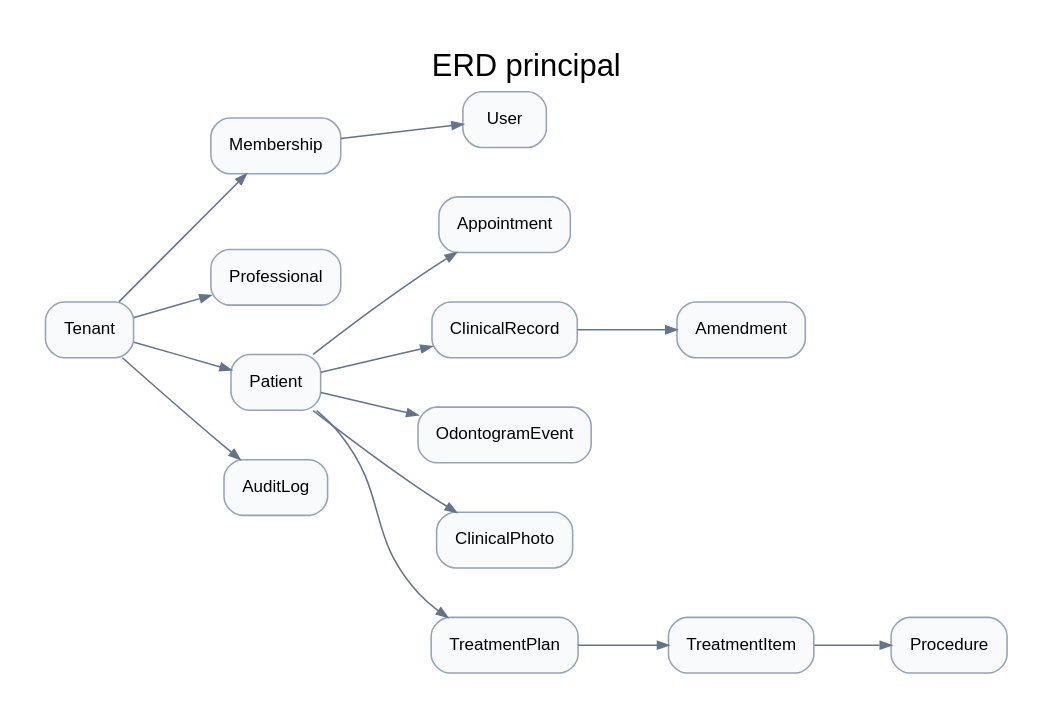
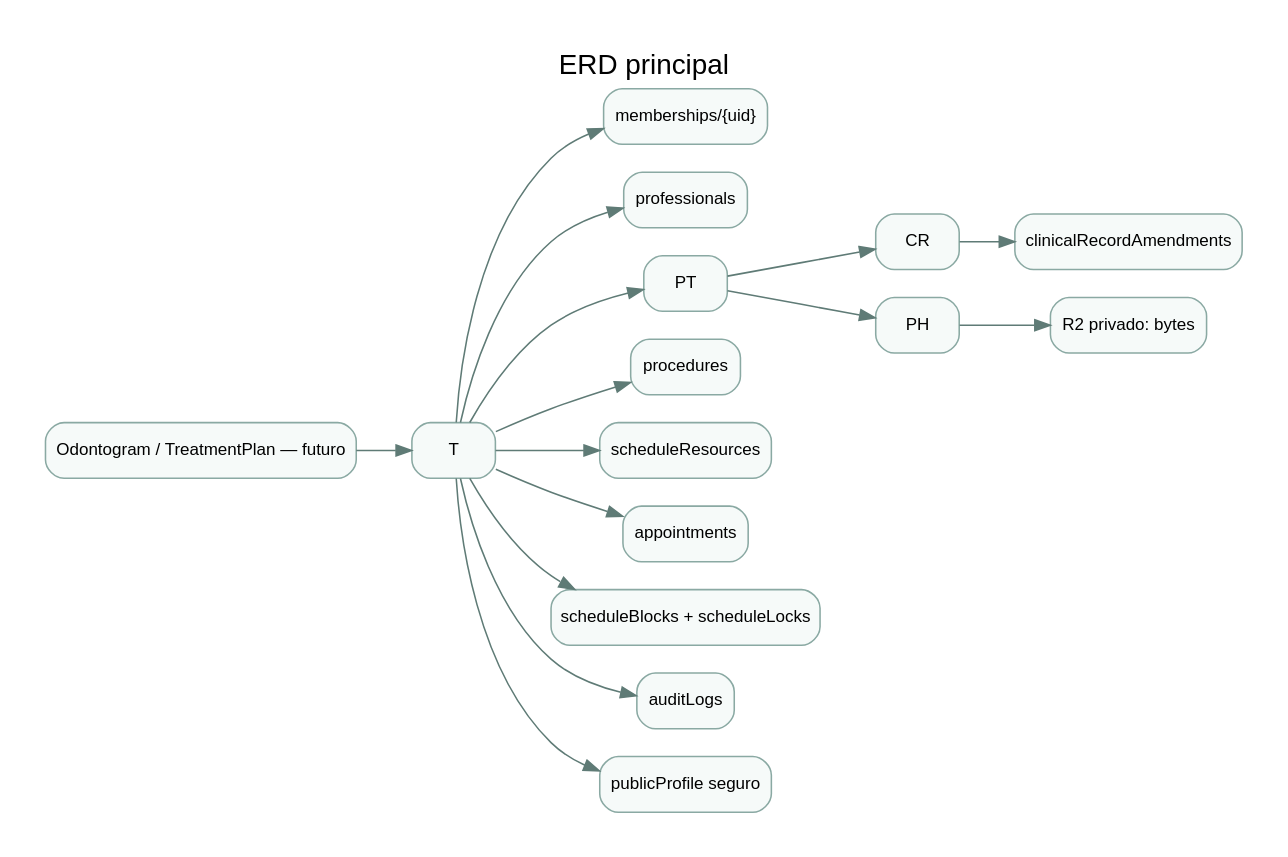
One commit to CristianoRFB/Dentista changed the diagram in docs/versions/v01-multitenant-whitelabel/diagrams/source/06-data-model.dot. Above: the diagram before and after it, drawn with Graphviz. The commit also changed 132 other files, not shown here.

```diff
--- a/docs/versions/v01-multitenant-whitelabel/diagrams/source/06-data-model.dot
+++ b/docs/versions/v01-multitenant-whitelabel/diagrams/source/06-data-model.dot
@@ -1,32 +1,35 @@
 digraph G {
-  graph [rankdir=LR, bgcolor="white", pad="0.3", nodesep="0.45", ranksep="0.7", label="ERD principal", labelloc=t, fontsize=20, fontname="Arial"];
-  node [shape=box, style="rounded,filled", fillcolor="#f8fafc", color="#94a3b8", fontname="Arial", fontsize=11, margin="0.16,0.10"];
-  edge [color="#64748b", arrowsize=0.7, fontname="Arial"];
-  "Tenant";
-  "Membership";
-  "User";
-  "Professional";
-  "Patient";
-  "Appointment";
-  "ClinicalRecord";
-  "Amendment";
-  "OdontogramEvent";
-  "ClinicalPhoto";
-  "TreatmentPlan";
-  "TreatmentItem";
-  "Procedure";
-  "AuditLog";
-  "Tenant" -> "Membership";
-  "Membership" -> "User";
-  "Tenant" -> "Professional";
-  "Tenant" -> "Patient";
-  "Patient" -> "Appointment";
-  "Patient" -> "ClinicalRecord";
-  "ClinicalRecord" -> "Amendment";
-  "Patient" -> "OdontogramEvent";
-  "Patient" -> "ClinicalPhoto";
-  "Patient" -> "TreatmentPlan";
-  "TreatmentPlan" -> "TreatmentItem";
-  "TreatmentItem" -> "Procedure";
-  "Tenant" -> "AuditLog";
+  rankdir=LR;
+  graph [bgcolor="white", pad="0.3", label="ERD principal", labelloc=t, fontsize=18, fontname="Arial"];
+  node [shape=box, style="rounded,filled", fillcolor="#f6faf9", color="#8aa9a3", fontname="Arial", fontsize=11];
+  edge [color="#5f7b76", fontname="Arial", fontsize=9];
+  "T" [label="T"];
+  "M" [label="memberships/{uid}"];
+  "P" [label="professionals"];
+  "PT" [label="PT"];
+  "PR" [label="procedures"];
+  "SR" [label="scheduleResources"];
+  "A" [label="appointments"];
+  "B" [label="scheduleBlocks + scheduleLocks"];
+  "CR" [label="CR"];
+  "AM" [label="clinicalRecordAmendments"];
+  "PH" [label="PH"];
+  "R2" [label="R2 privado: bytes"];
+  "AU" [label="auditLogs"];
+  "PP" [label="publicProfile seguro"];
+  "F" [label="Odontogram / TreatmentPlan — futuro"];
+  "T" -> "M";
+  "T" -> "P";
+  "T" -> "PT";
+  "T" -> "PR";
+  "T" -> "SR";
+  "T" -> "A";
+  "T" -> "B";
+  "PT" -> "CR";
+  "CR" -> "AM";
+  "PT" -> "PH";
+  "PH" -> "R2";
+  "T" -> "AU";
+  "T" -> "PP";
+  "F" -> "T";
 }
```
